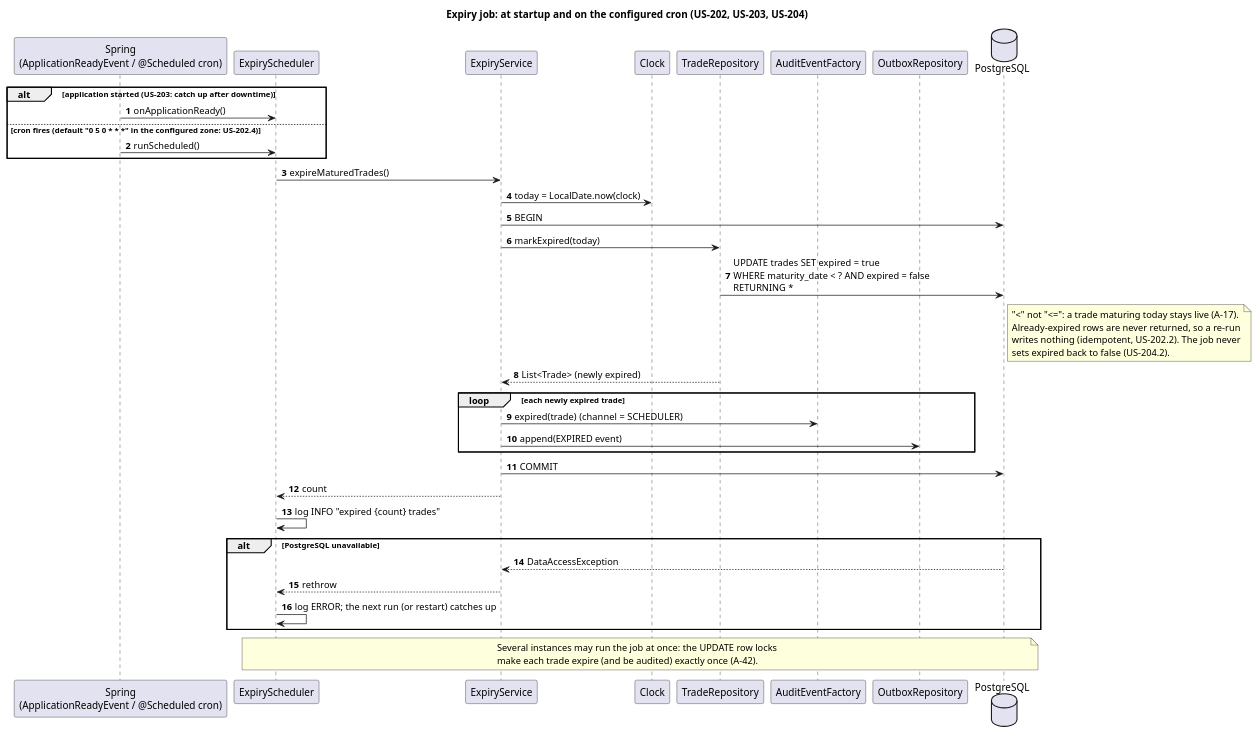
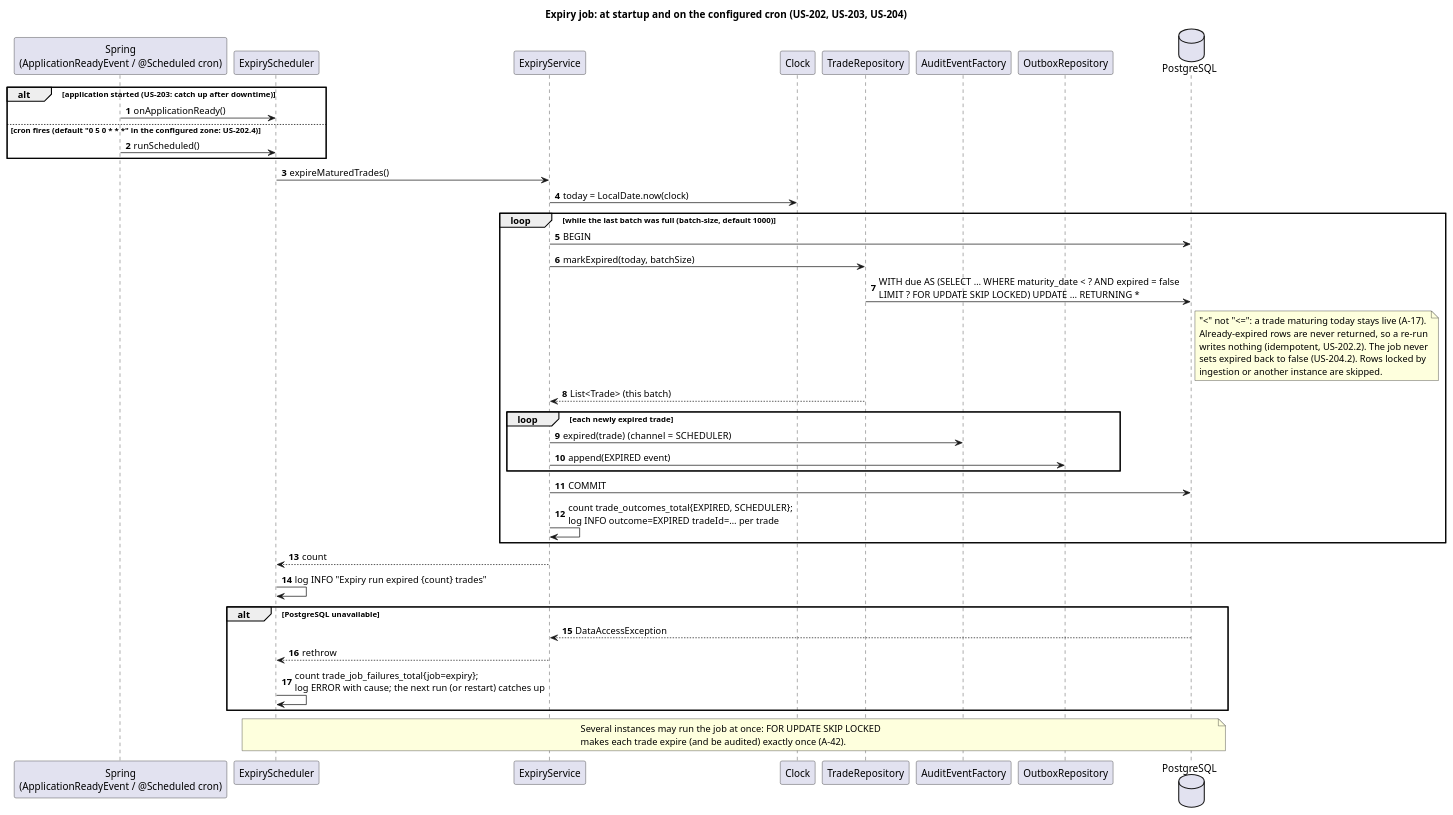
Before and after one commit to kuldipkumar/Trade-store: the diagram in docs/diagrams/05-seq-expiry.puml, drawn with PlantUML. The commit also changed 3 other files, not shown here.

Commit message:
docs: US-202 batched expiry in LLD 4.2, config table and 05-seq-expiry diagram

```diff
--- a/docs/diagrams/05-seq-expiry.puml
+++ b/docs/diagrams/05-seq-expiry.puml
@@ -1,50 +1,54 @@
 @startuml 05-seq-expiry
 title Expiry job: at startup and on the configured cron (US-202, US-203, US-204)
 
 autonumber
 participant "Spring\n(ApplicationReadyEvent / @Scheduled cron)" as Spring
 participant ExpiryScheduler
 participant ExpiryService
 participant Clock
 participant TradeRepository
 participant AuditEventFactory
 participant OutboxRepository
 database PostgreSQL
 
 alt application started (US-203: catch up after downtime)
   Spring -> ExpiryScheduler : onApplicationReady()
 else cron fires (default "0 5 0 * * *" in the configured zone: US-202.4)
   Spring -> ExpiryScheduler : runScheduled()
 end
 ExpiryScheduler -> ExpiryService : expireMaturedTrades()
 ExpiryService -> Clock : today = LocalDate.now(clock)
-ExpiryService -> PostgreSQL : BEGIN
-ExpiryService -> TradeRepository : markExpired(today)
-TradeRepository -> PostgreSQL : UPDATE trades SET expired = true\nWHERE maturity_date < ? AND expired = false\nRETURNING *
-note right of PostgreSQL
-  "<" not "<=": a trade maturing today stays live (A-17).
-  Already-expired rows are never returned, so a re-run
-  writes nothing (idempotent, US-202.2). The job never
-  sets expired back to false (US-204.2).
-end note
-TradeRepository --> ExpiryService : List<Trade> (newly expired)
-loop each newly expired trade
-  ExpiryService -> AuditEventFactory : expired(trade)  (channel = SCHEDULER)
-  ExpiryService -> OutboxRepository : append(EXPIRED event)
+loop while the last batch was full (batch-size, default 1000)
+  ExpiryService -> PostgreSQL : BEGIN
+  ExpiryService -> TradeRepository : markExpired(today, batchSize)
+  TradeRepository -> PostgreSQL : WITH due AS (SELECT … WHERE maturity_date < ? AND expired = false\nLIMIT ? FOR UPDATE SKIP LOCKED) UPDATE … RETURNING *
+  note right of PostgreSQL
+    "<" not "<=": a trade maturing today stays live (A-17).
+    Already-expired rows are never returned, so a re-run
+    writes nothing (idempotent, US-202.2). The job never
+    sets expired back to false (US-204.2). Rows locked by
+    ingestion or another instance are skipped.
+  end note
+  TradeRepository --> ExpiryService : List<Trade> (this batch)
+  loop each newly expired trade
+    ExpiryService -> AuditEventFactory : expired(trade)  (channel = SCHEDULER)
+    ExpiryService -> OutboxRepository : append(EXPIRED event)
+  end
+  ExpiryService -> PostgreSQL : COMMIT
+  ExpiryService -> ExpiryService : count trade_outcomes_total{EXPIRED, SCHEDULER};\nlog INFO outcome=EXPIRED tradeId=… per trade
 end
-ExpiryService -> PostgreSQL : COMMIT
 ExpiryService --> ExpiryScheduler : count
-ExpiryScheduler -> ExpiryScheduler : log INFO "expired {count} trades"
+ExpiryScheduler -> ExpiryScheduler : log INFO "Expiry run expired {count} trades"
 
 alt PostgreSQL unavailable
   PostgreSQL --> ExpiryService : DataAccessException
   ExpiryService --> ExpiryScheduler : rethrow
-  ExpiryScheduler -> ExpiryScheduler : log ERROR; the next run (or restart) catches up
+  ExpiryScheduler -> ExpiryScheduler : count trade_job_failures_total{job=expiry};\nlog ERROR with cause; the next run (or restart) catches up
 end
 
 note over ExpiryScheduler, PostgreSQL
-  Several instances may run the job at once: the UPDATE row locks
-  make each trade expire (and be audited) exactly once (A-42).
+  Several instances may run the job at once: FOR UPDATE SKIP LOCKED
+  makes each trade expire (and be audited) exactly once (A-42).
 end note
 
 @enduml
```
